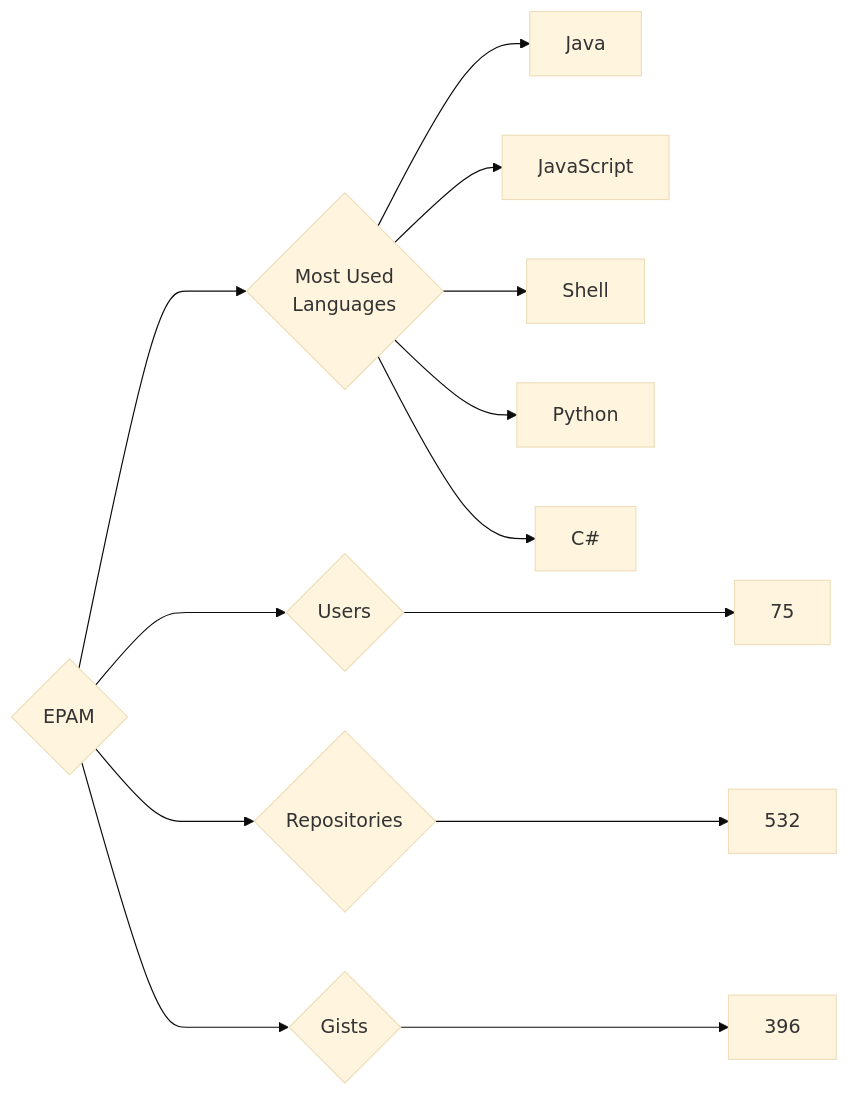
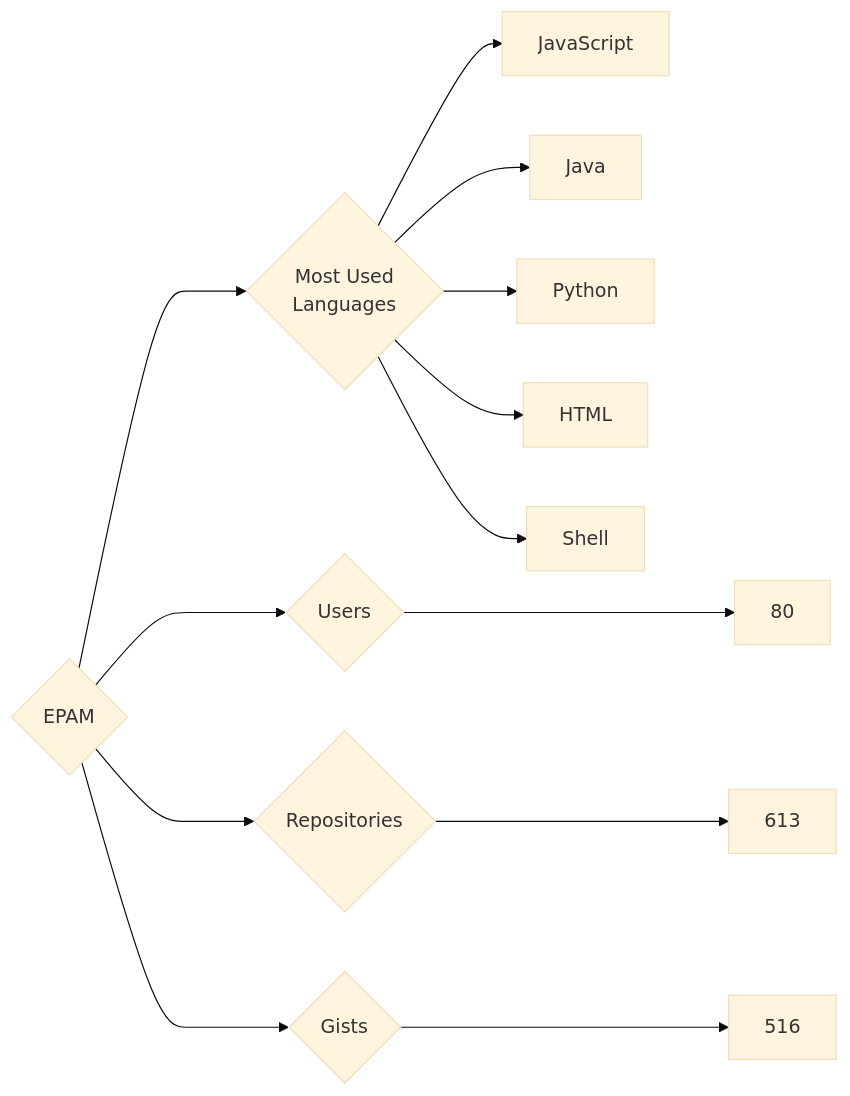
One commit to trickest/insiders changed the diagram in targets/EPAM/README.md. Above: the diagram before and after it, drawn with Mermaid (base theme). The commit also changed 715 other files, not shown here.

````diff
--- a/targets/EPAM/README.md
+++ b/targets/EPAM/README.md
@@ -3,13 +3,13 @@
 ```mermaid
 graph LR
 COMPANY_NAME{EPAM}
-COMPANY_NAME ---> U{Users} ---> UN[75]
-COMPANY_NAME ---> R{Repositories} ---> RN[532]
-COMPANY_NAME ---> G{Gists} ---> GN[396]
+COMPANY_NAME ---> U{Users} ---> UN[80]
+COMPANY_NAME ---> R{Repositories} ---> RN[613]
+COMPANY_NAME ---> G{Gists} ---> GN[516]
 COMPANY_NAME ---> ML{Most Used<br>Languages}
+ML --> JavaScript[JavaScript]
 ML --> Java[Java]
-ML --> JavaScript[JavaScript]
+ML --> Python[Python]
+ML --> HTML[HTML]
 ML --> Shell[Shell]
-ML --> Python[Python]
-ML --> C#[C#]
 ```
````
